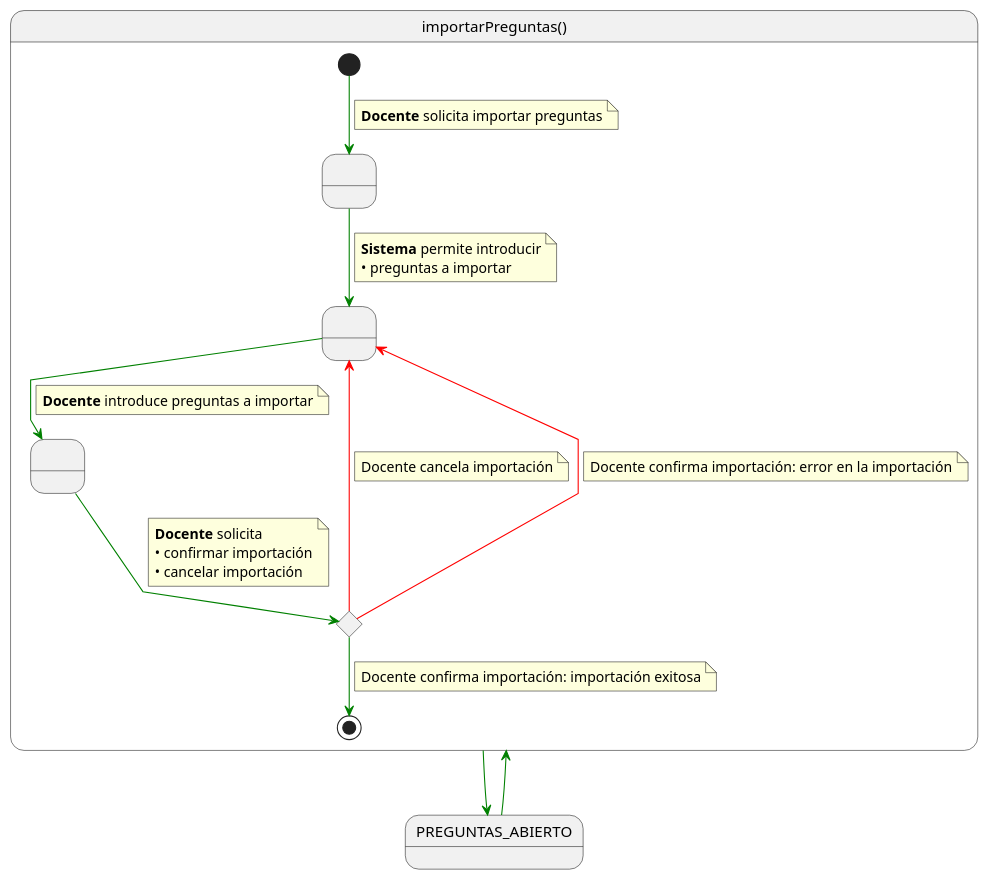
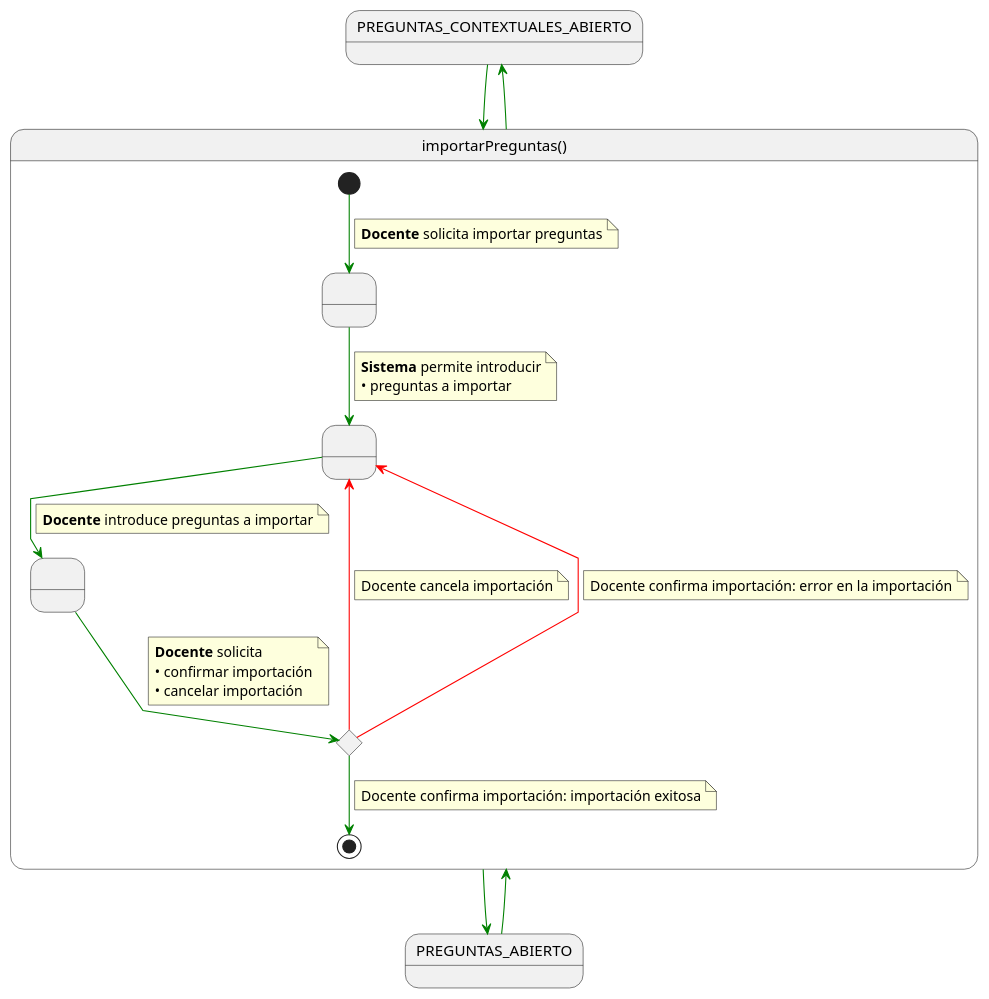
The diagram in documents/casos-de-uso/detalladoCasosDeUso/importarPreguntas/importarPreguntas.puml (martinlopez7/25-26-IdSw1-SdR), drawn with PlantUML before and after one commit. The commit also changed 5 other files, not shown here.

```diff
--- a/documents/casos-de-uso/detalladoCasosDeUso/importarPreguntas/importarPreguntas.puml
+++ b/documents/casos-de-uso/detalladoCasosDeUso/importarPreguntas/importarPreguntas.puml
@@ -1,54 +1,61 @@
 @startuml importarPreguntas
 
 skinparam linetype polyline
+
+state PREGUNTAS_CONTEXTUALES_ABIERTO
 
 state importarPreguntas as "importarPreguntas()" {
 
     state " " as RequiringImport
     state " " as ProvidingPreguntas
     state " " as ProvidingConfirmation
     state c <<choice>>
 
     [*] -[#green]-> RequiringImport
     note on link
     <b>Docente</b> solicita importar preguntas
     end note    
 
     RequiringImport -[#green]-> ProvidingPreguntas
     note on link
     <b>Sistema</b> permite introducir
     • preguntas a importar
     end note
 
     ProvidingPreguntas -[#green]-> ProvidingConfirmation
     note on link
     <b>Docente</b> introduce preguntas a importar
     end note
 
     ProvidingConfirmation -[#green]-> c
     note on link
     <b>Docente</b> solicita
     • confirmar importación
     • cancelar importación
     end note
 
     c -[#red]-> ProvidingPreguntas
     note on link
     Docente cancela importación
     end note
 
     c -[#red]-> ProvidingPreguntas
     note on link
     Docente confirma importación: error en la importación
     end note
 
     c -[#green]-> [*]
     note on link
     Docente confirma importación: importación exitosa
     end note
 }
 
+' Conexiones existentes
 PREGUNTAS_ABIERTO -[#green]-> importarPreguntas
 importarPreguntas -[#green]-> PREGUNTAS_ABIERTO
 
+' Conexiones NUEVAS (Contextuales)
+PREGUNTAS_CONTEXTUALES_ABIERTO -[#green]-> importarPreguntas
+importarPreguntas -[#green]-> PREGUNTAS_CONTEXTUALES_ABIERTO
+
 @enduml
```
